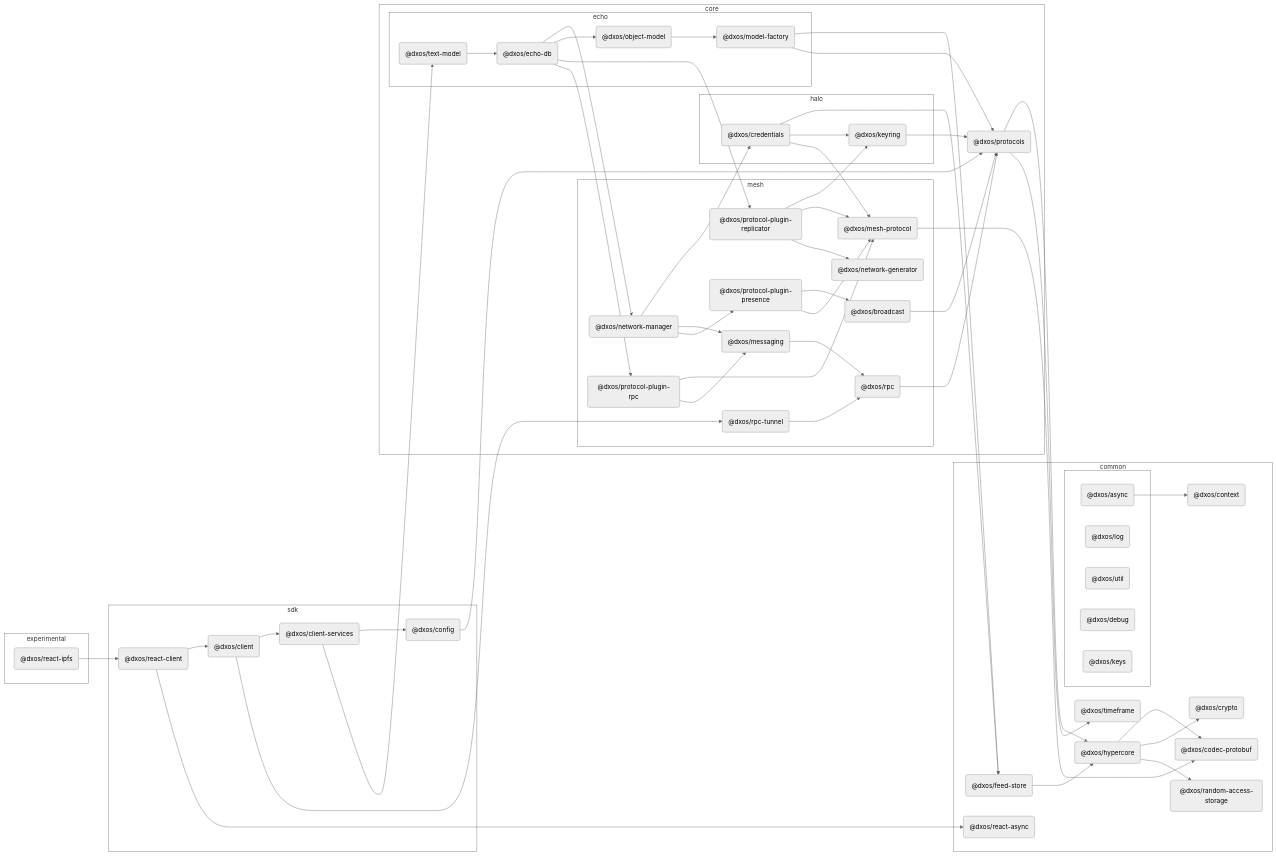
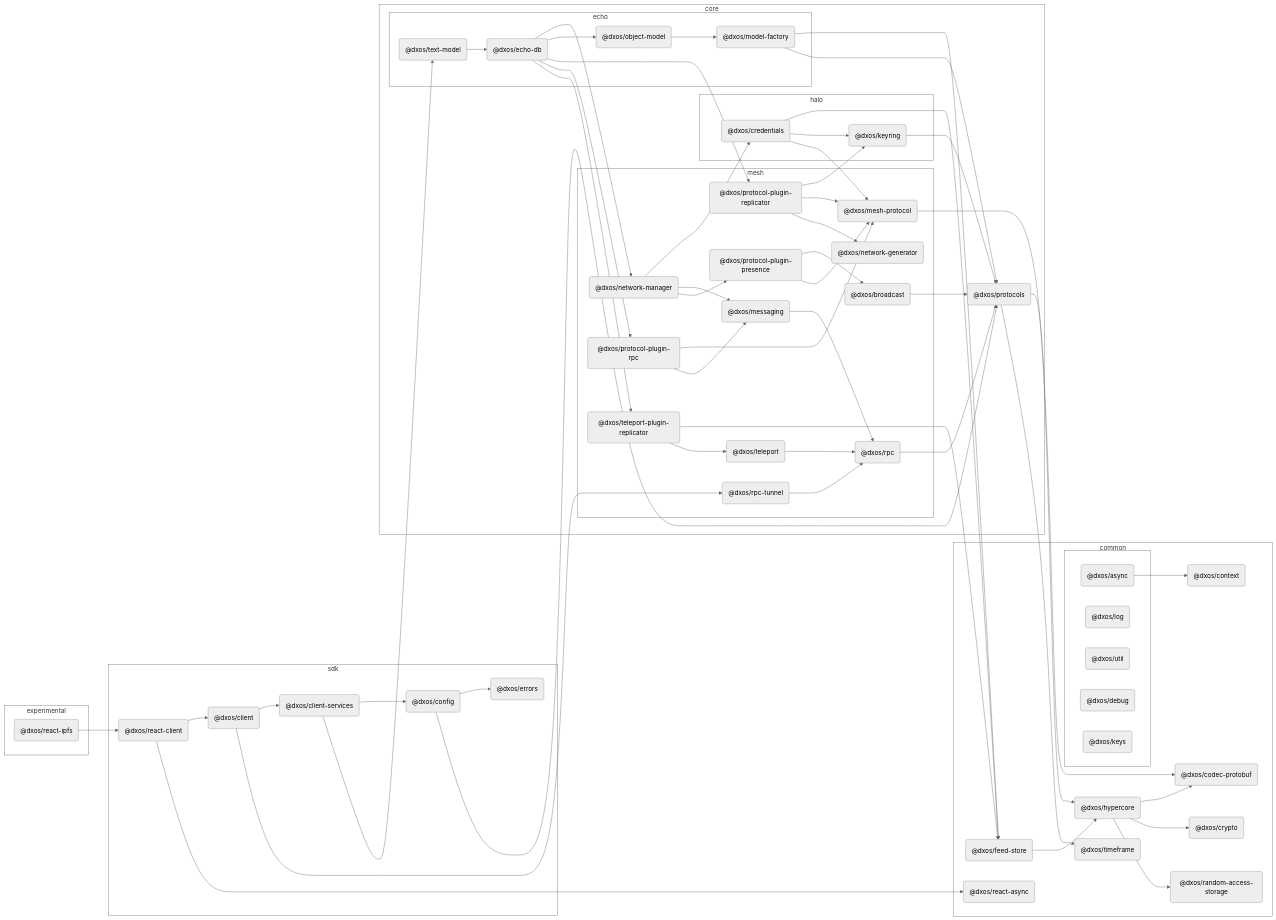
The diagram in packages/experimental/react-ipfs/docs/README.md (dxos/dxos), drawn with Mermaid (neutral theme) before and after one commit. The commit also changed other lines of this file and 41 other files, not shown here.

```diff
--- a/packages/experimental/react-ipfs/docs/README.md
+++ b/packages/experimental/react-ipfs/docs/README.md
@@ -29,6 +29,8 @@
   click dxos/client-services "dxos/dxos/tree/main/packages/sdk/client-services/docs"
   dxos/config("@dxos/config"):::def
   click dxos/config "dxos/dxos/tree/main/packages/sdk/config/docs"
+  dxos/errors("@dxos/errors"):::def
+  click dxos/errors "dxos/dxos/tree/main/packages/sdk/errors/docs"
   dxos/react-client("@dxos/react-client"):::def
   click dxos/react-client "dxos/dxos/tree/main/packages/sdk/react-client/docs"
 end
@@ -100,6 +102,10 @@
     click dxos/network-generator "dxos/dxos/tree/main/packages/core/mesh/network-generator/docs"
     dxos/protocol-plugin-rpc("@dxos/protocol-plugin-rpc"):::def
     click dxos/protocol-plugin-rpc "dxos/dxos/tree/main/packages/core/mesh/protocol-plugin-rpc/docs"
+    dxos/teleport("@dxos/teleport"):::def
+    click dxos/teleport "dxos/dxos/tree/main/packages/core/mesh/teleport/docs"
+    dxos/teleport-plugin-replicator("@dxos/teleport-plugin-replicator"):::def
+    click dxos/teleport-plugin-replicator "dxos/dxos/tree/main/packages/core/mesh/teleport-plugin-replicator/docs"
     dxos/rpc-tunnel("@dxos/rpc-tunnel"):::def
     click dxos/rpc-tunnel "dxos/dxos/tree/main/packages/core/mesh/rpc-tunnel/docs"
   end
@@ -121,6 +127,7 @@
 dxos/async --> dxos/context
 dxos/client --> dxos/client-services
 dxos/client-services --> dxos/config
+dxos/config --> dxos/errors
 dxos/config --> dxos/protocols
 dxos/protocols --> dxos/hypercore
 dxos/hypercore --> dxos/codec-protobuf
@@ -153,6 +160,10 @@
 dxos/echo-db --> dxos/protocol-plugin-rpc
 dxos/protocol-plugin-rpc --> dxos/mesh-protocol
 dxos/protocol-plugin-rpc --> dxos/messaging
+dxos/teleport --> dxos/rpc
+dxos/echo-db --> dxos/teleport-plugin-replicator
+dxos/teleport-plugin-replicator --> dxos/feed-store
+dxos/teleport-plugin-replicator --> dxos/teleport
 dxos/client-services --> dxos/text-model
 dxos/text-model --> dxos/echo-db
 dxos/client --> dxos/rpc-tunnel
```
